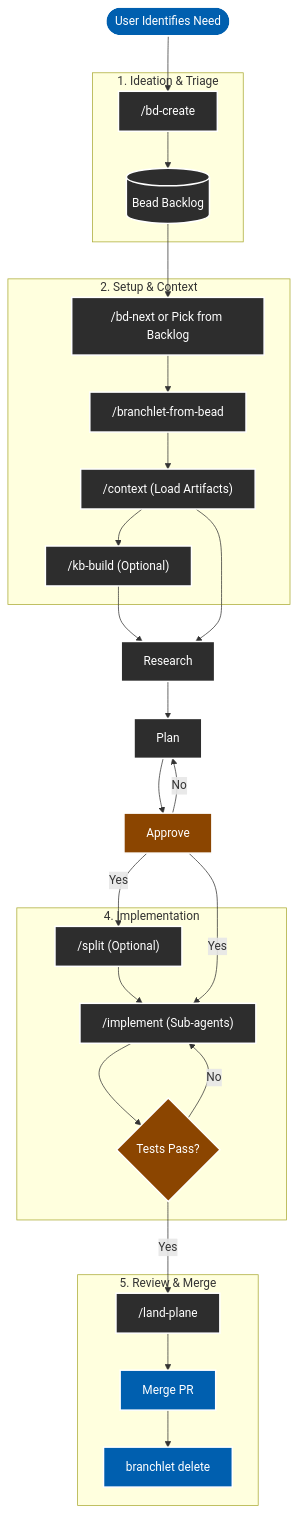
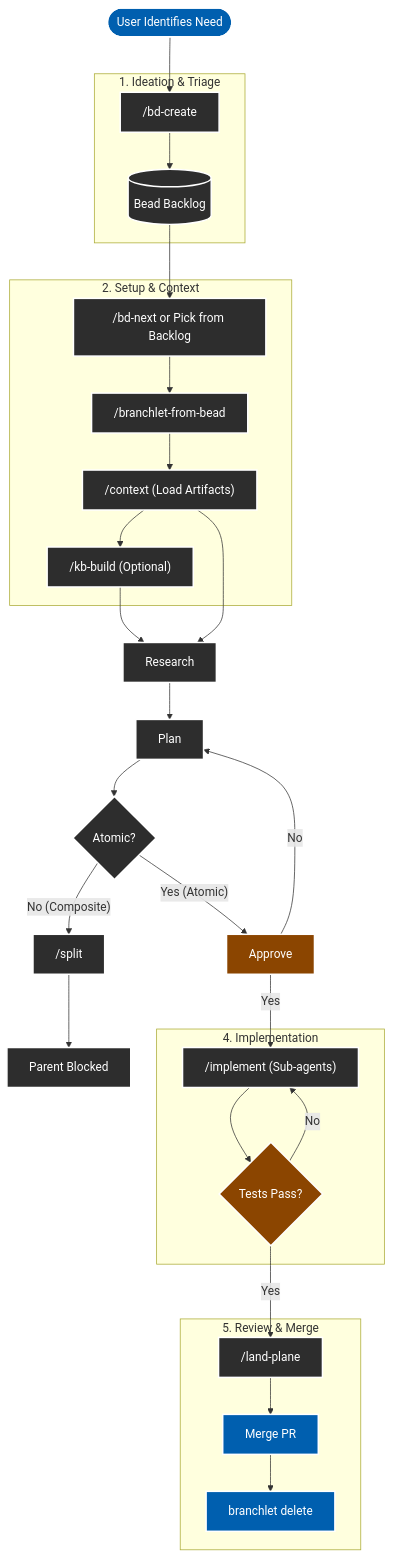
Before and after one commit to jveko/amp-maestro: the diagram in AGENTIC_WORKFLOW.md, drawn with Mermaid. The commit also changed other lines of this file and 3 other files, not shown here.

````diff
--- a/AGENTIC_WORKFLOW.md
+++ b/AGENTIC_WORKFLOW.md
@@ -5,54 +5,57 @@
 ```mermaid
 graph TD
     %% Styling for Dark Mode readability
     classDef default fill:#2d2d2d,stroke:#fff,stroke-width:2px,color:#fff;
     classDef decision fill:#8b4500,stroke:#fff,stroke-width:2px,color:#fff;
     classDef startend fill:#005faf,stroke:#fff,stroke-width:2px,color:#fff;
 
     Start([User Identifies Need]) --> Ideation
     
     subgraph "1. Ideation & Triage"
         Ideation["/bd-create"]
         Backlog[("Bead Backlog")]
     end
     Ideation --> Backlog
     
     subgraph "2. Setup & Context"
         PickWork["/bd-next or Pick from Backlog"]
         Worktree["/branchlet-from-bead"]
         Context["/context (Load Artifacts)"]
         Knowledge["/kb-build (Optional)"]
     end
     Backlog --> PickWork
     PickWork --> Worktree
     Worktree --> Context
     Context --> Knowledge
     Knowledge --> Research
     Context --> Research
     Research --> Plan
-    Plan --> Approve
+    Plan --> Complexity{Atomic?}
+    
+    Complexity -- No (Composite) --> Split["/split"]
+    Complexity -- Yes (Atomic) --> Approve
+    
     Approve -- No --> Plan
+    Split --> Blocked[Parent Blocked]
     
     subgraph "4. Implementation"
-        Split["/split (Optional)"]
         Implement["/implement (Sub-agents)"]
         Verify{Tests Pass?}
     end
-    Approve -- Yes --> Split
-    Split --> Implement
+    
     Approve -- Yes --> Implement
     Implement --> Verify
     Verify -- No --> Implement
     
     subgraph "5. Review & Merge"
         Land["/land-plane"]
         Merge[Merge PR]
         Cleanup["branchlet delete"]
     end
     Verify -- Yes --> Land
     Land --> Merge
     Merge --> Cleanup
     
     class Start,Merge,Cleanup startend;
     class Approve,Verify decision;
 ```
````
